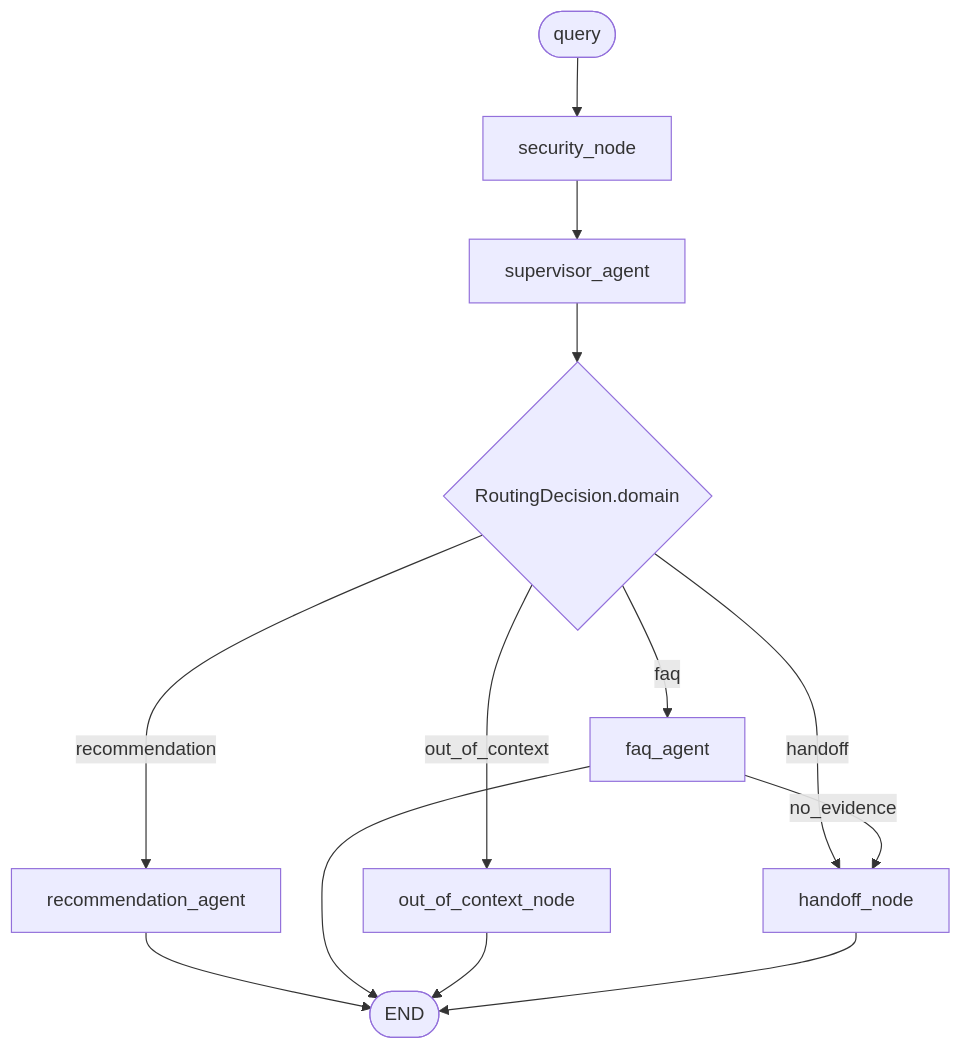
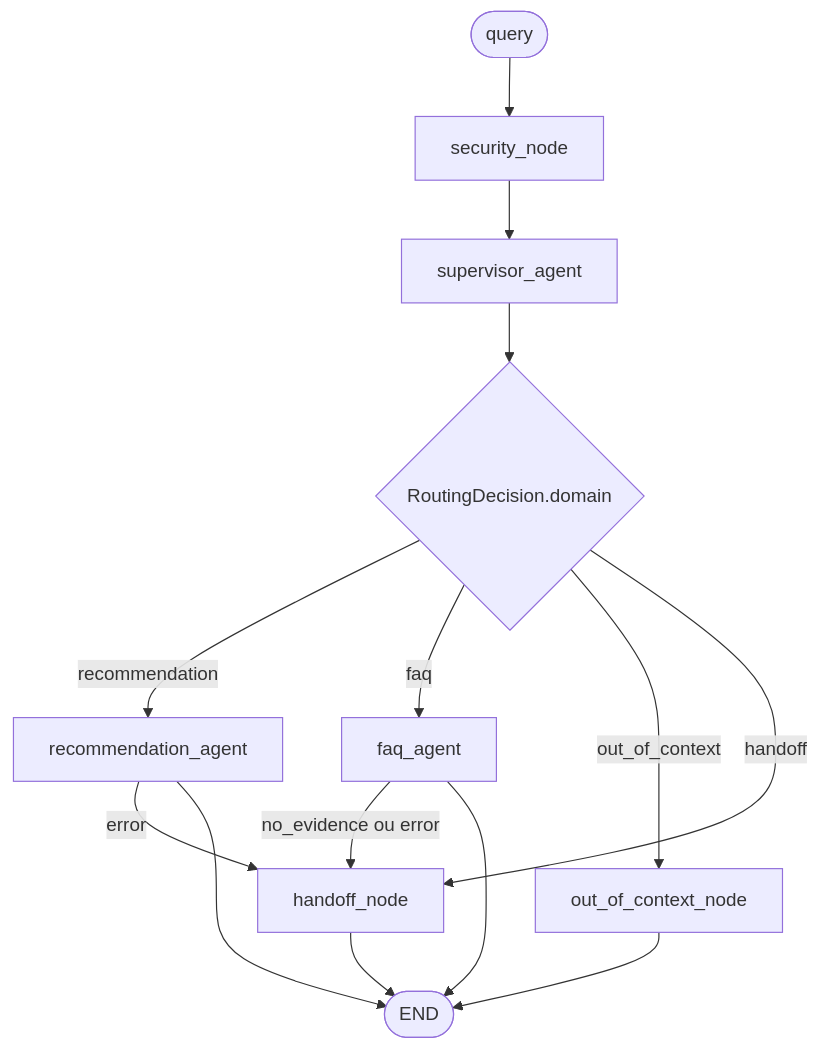
Before and after one commit to andluizsouza/unicamp-llm-agents: the third of 9 diagrams in recfair/docs/architecture.md, drawn with Mermaid. The commit also changed other lines of this file and 7 other files, not shown here.

````diff
--- a/recfair/docs/architecture.md
+++ b/recfair/docs/architecture.md
@@ -133,15 +135,16 @@
 ```mermaid
 flowchart TD
     START([query]) --> SEC[security_node]
     SEC --> SUP[supervisor_agent]
     SUP --> ROUTE{RoutingDecision.domain}
     ROUTE -->|recommendation| REC[recommendation_agent]
     ROUTE -->|faq| FAQ[faq_agent]
     ROUTE -->|out_of_context| OOC[out_of_context_node]
     ROUTE -->|handoff| HO[handoff_node]
-    FAQ -->|no_evidence| HO
+    FAQ -->|no_evidence ou error| HO
+    REC -->|error| HO
     REC --> END([END])
     FAQ --> END
     OOC --> END
     HO --> END
 ```
````
